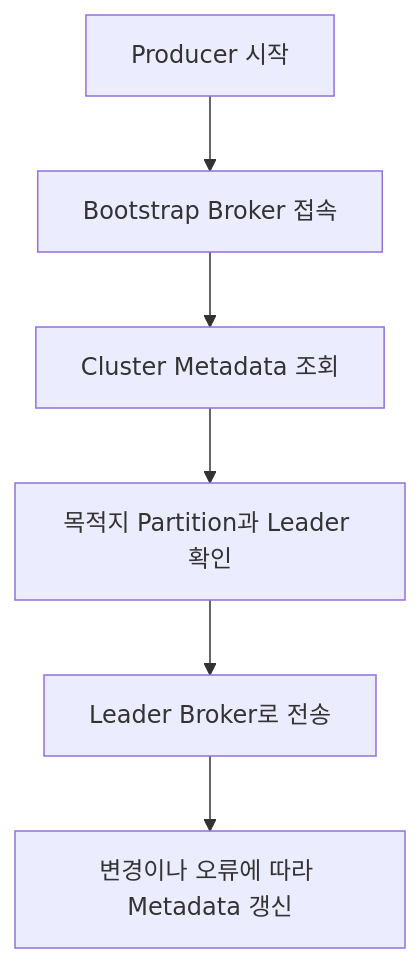
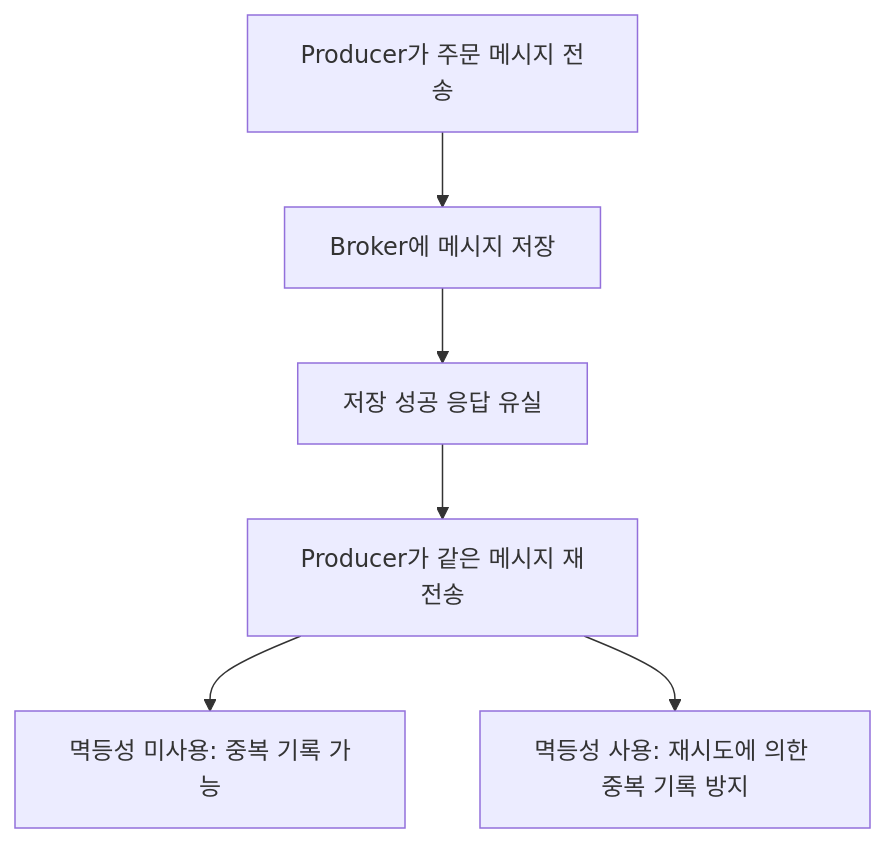
Before and after one commit to ysiksik/ysiksik.github.io: the diagram in _posts/study/smart-learning-ent/kafka-development-strategy-for-beginners/2026-10-27-doubling-your-use-of-kafka.md, drawn with Mermaid. The commit also changed other lines of this file and 5 other files, not shown here.

````diff
--- a/_posts/study/smart-learning-ent/kafka-development-strategy-for-beginners/2026-10-27-doubling-your-use-of-kafka.md
+++ b/_posts/study/smart-learning-ent/kafka-development-strategy-for-beginners/2026-10-27-doubling-your-use-of-kafka.md
@@ -80,8 +29,8 @@
 ```mermaid
 flowchart TD
-    A["Producer 시작"] --> B["Bootstrap Broker 접속"]
-    B --> C["Cluster Metadata 조회"]
-    C --> D["목적지 Partition과 Leader 확인"]
-    D --> E["Leader Broker로 전송"]
-    E --> F["변경이나 오류에 따라 Metadata 갱신"]
+    A["Producer가 주문 메시지 전송"] --> B["Broker에 메시지 저장"]
+    B --> C["저장 성공 응답 유실"]
+    C --> D["Producer가 같은 메시지 재전송"]
+    D --> E["멱등성 미사용: 중복 기록 가능"]
+    D --> F["멱등성 사용: 재시도에 의한 중복 기록 방지"]
 ```
````
